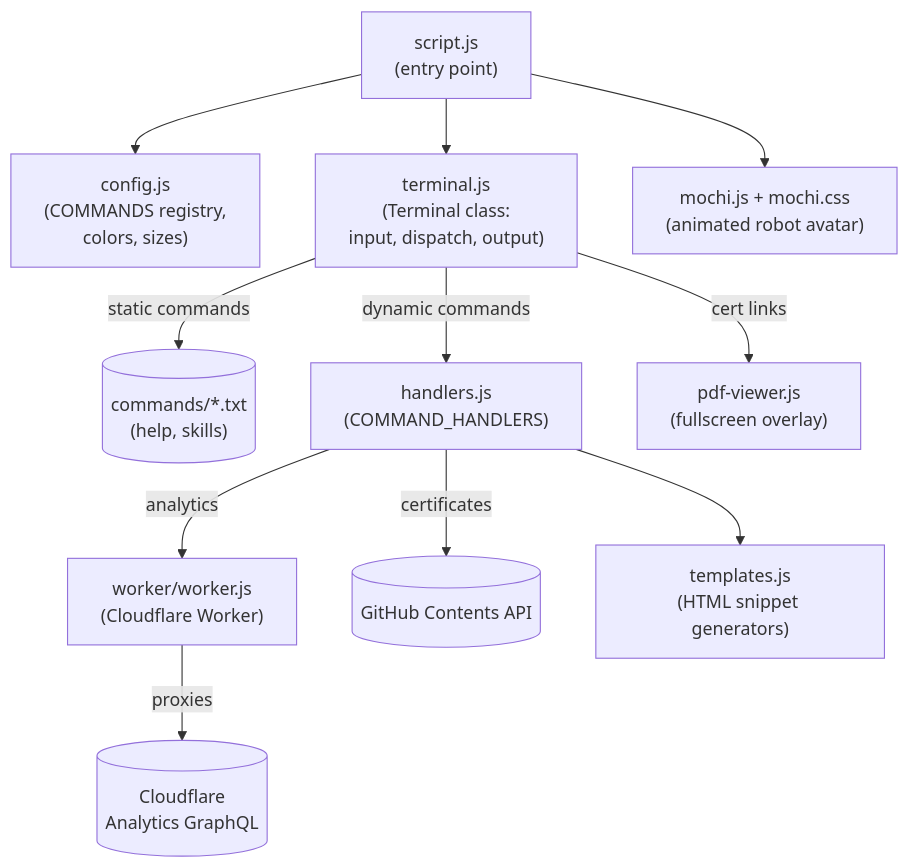
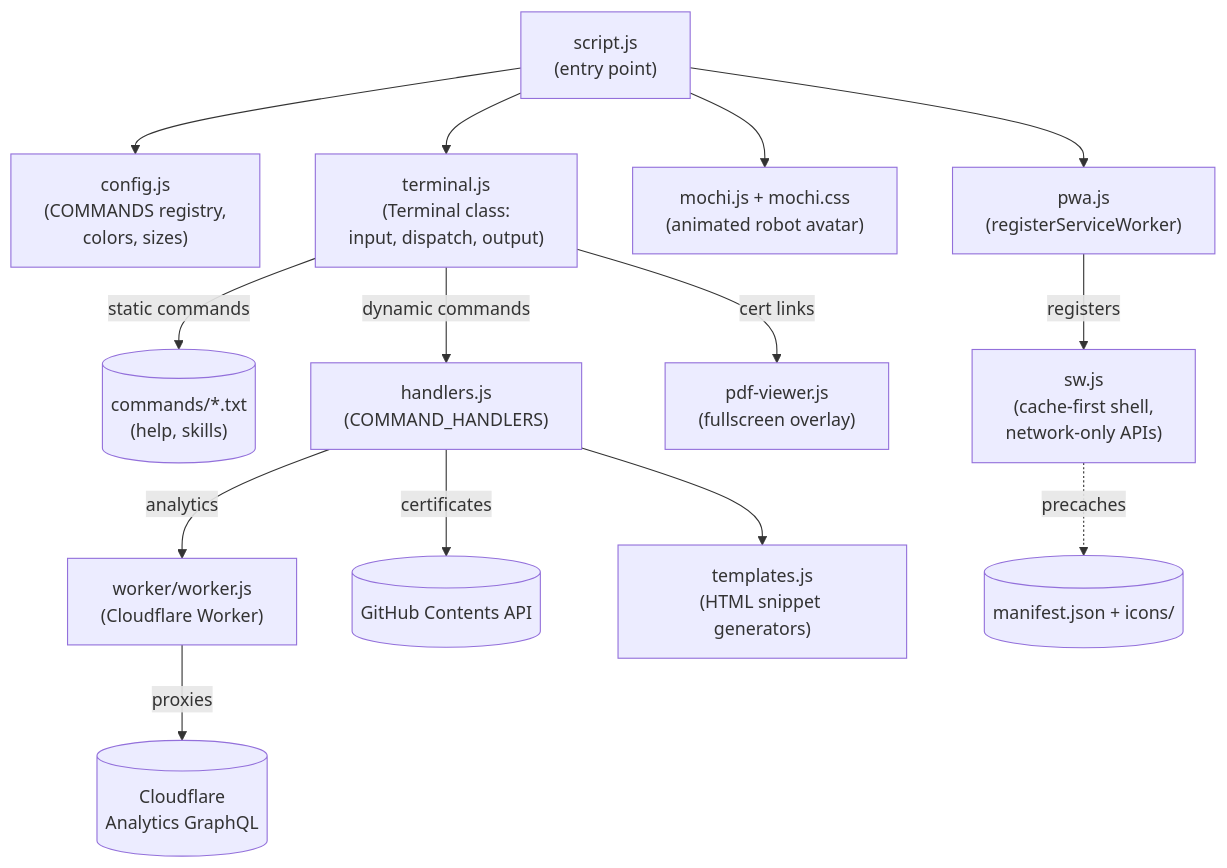
The diagram in README.md (oleksiisedun/oleksiisedun.com), drawn with Mermaid before and after one commit. The commit also changed other lines of this file and 10 other files, not shown here.

````diff
--- a/README.md
+++ b/README.md
@@ -22,16 +23,20 @@
 ```mermaid
 graph TD
   Entry["script.js\n(entry point)"] --> Config["config.js\n(COMMANDS registry,\ncolors, sizes)"]
   Entry --> Terminal["terminal.js\n(Terminal class:\ninput, dispatch, output)"]
   Entry --> Mochi["mochi.js + mochi.css\n(animated robot avatar)"]
+  Entry --> PWA["pwa.js\n(registerServiceWorker)"]
 
   Terminal -->|static commands| StaticFiles[("commands/*.txt\n(help, skills)")]
   Terminal -->|dynamic commands| Handlers["handlers.js\n(COMMAND_HANDLERS)"]
   Terminal -->|cert links| PDFViewer["pdf-viewer.js\n(fullscreen overlay)"]
 
   Handlers -->|analytics| Worker["worker/worker.js\n(Cloudflare Worker)"]
   Handlers -->|certificates| GitHubAPI[("GitHub Contents API")]
   Worker -->|proxies| CFAnalytics[("Cloudflare\nAnalytics GraphQL")]
 
   Handlers --> Templates["templates.js\n(HTML snippet generators)"]
+
+  PWA -->|registers| SW["sw.js\n(cache-first shell,\nnetwork-only APIs)"]
+  SW -.->|precaches| Manifest[("manifest.json + icons/")]
 ```
````
